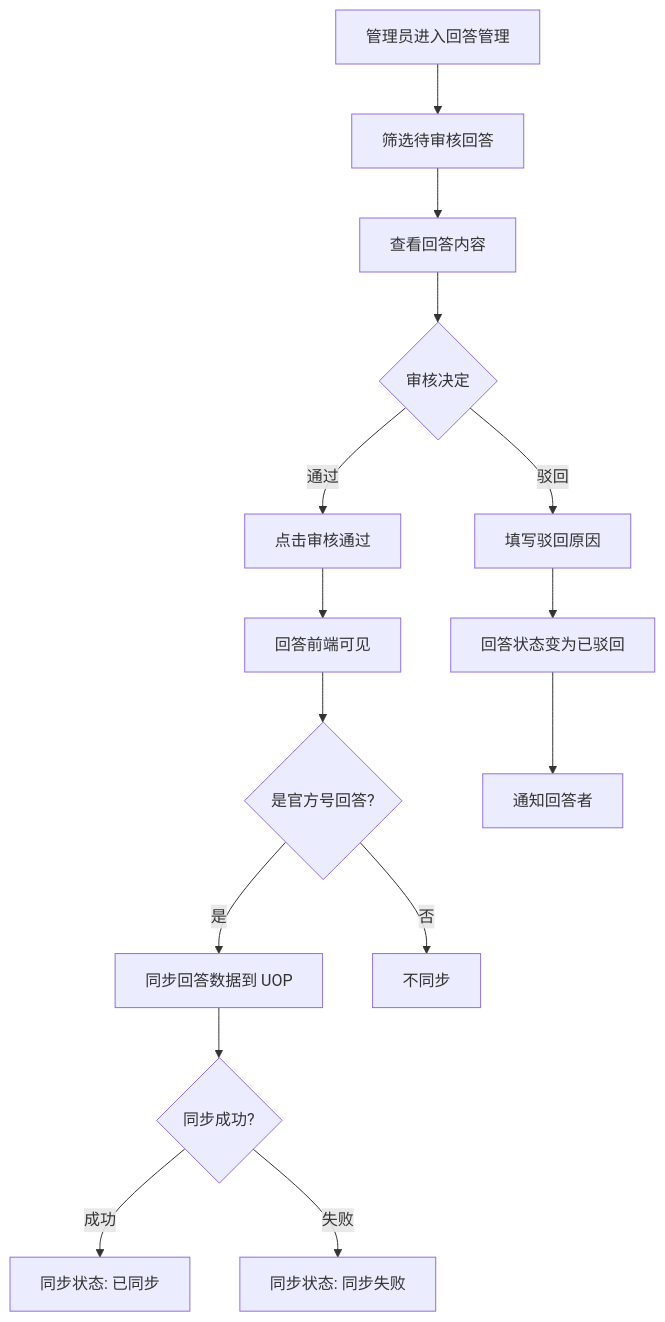
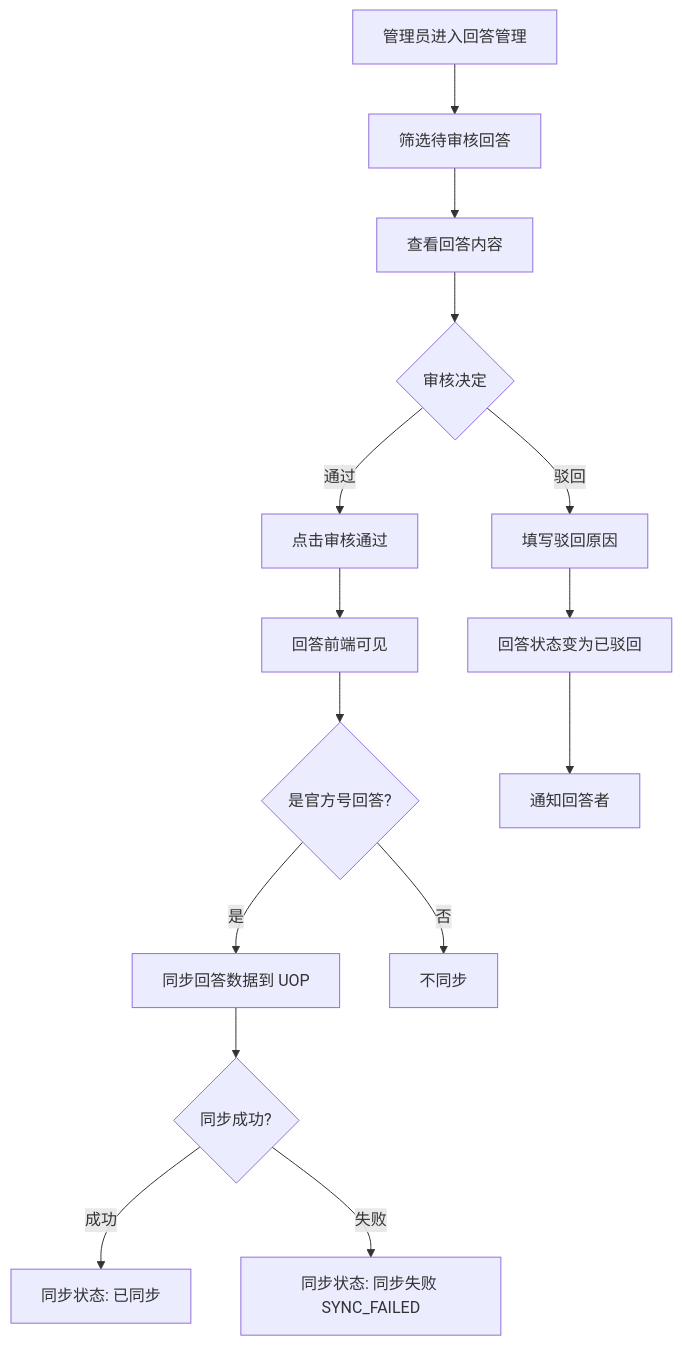
One commit to PM-Billy/engineer-online changed the first of 5 diagrams in requirement/modules/05.08-回答管理（管理后台）.md. Above: the diagram before and after it, drawn with Mermaid. The commit also changed other lines of this file and 5 other files, not shown here.

````diff
--- a/requirement/modules/05.08-回答管理（管理后台）.md
+++ b/requirement/modules/05.08-回答管理（管理后台）.md
@@ -98,17 +102,17 @@
 ```mermaid
 flowchart TD
     A[管理员进入回答管理] --> B[筛选待审核回答]
     B --> C[查看回答内容]
     C --> D{审核决定}
     D -->|通过| E[点击审核通过]
     E --> F[回答前端可见]
     F --> G{是官方号回答?}
     G -->|是| H[同步回答数据到 UOP]
     H --> I{同步成功?}
     I -->|成功| J[同步状态: 已同步]
-    I -->|失败| K[同步状态: 同步失败]
+    I -->|失败| K[同步状态: 同步失败 SYNC_FAILED]
     G -->|否| L[不同步]
     D -->|驳回| M[填写驳回原因]
     M --> N[回答状态变为已驳回]
     N --> O[通知回答者]
 ```
````
